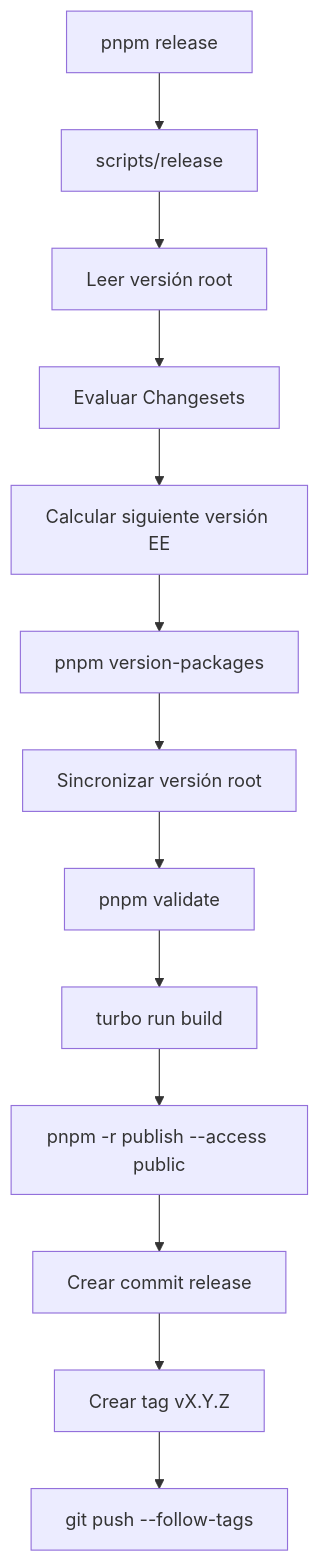
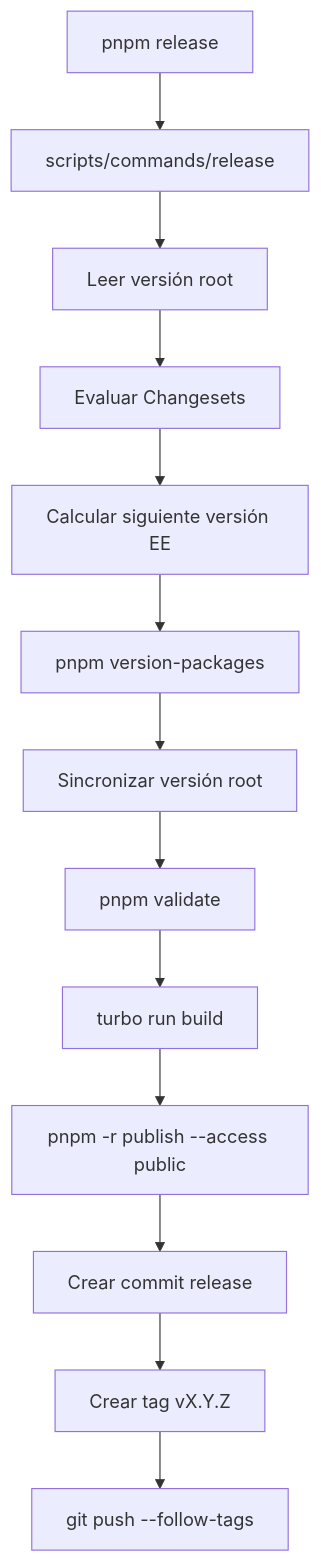
Before and after one commit to EQ-LABS-TECH/ee-monorepo: diagram 13 of 16 in docs/developer/EE-IMP-006-P07_Root_Script_Suite_Automation.md, drawn with Mermaid. The commit also changed other lines of this file and 14 other files, not shown here.

````diff
--- a/docs/developer/EE-IMP-006-P07_Root_Script_Suite_Automation.md
+++ b/docs/developer/EE-IMP-006-P07_Root_Script_Suite_Automation.md
@@ -747,15 +738,15 @@
 ```mermaid
 flowchart TD
-    A["pnpm release"] --> B["scripts/release"]
-    B --> C["Leer versión root"]
-    C --> D["Evaluar Changesets"]
-    D --> E["Calcular siguiente versión EE"]
-    E --> F["pnpm version-packages"]
-    F --> G["Sincronizar versión root"]
-    G --> H["pnpm validate"]
-    H --> I["turbo run build"]
-    I --> J["pnpm -r publish --access public"]
-    J --> K["Crear commit release"]
-    K --> L["Crear tag vX.Y.Z"]
-    L --> M["git push --follow-tags"]
+ A["pnpm release"] --> B["scripts/commands/release"]
+ B --> C["Leer versión root"]
+ C --> D["Evaluar Changesets"]
+ D --> E["Calcular siguiente versión EE"]
+ E --> F["pnpm version-packages"]
+ F --> G["Sincronizar versión root"]
+ G --> H["pnpm validate"]
+ H --> I["turbo run build"]
+ I --> J["pnpm -r publish --access public"]
+ J --> K["Crear commit release"]
+ K --> L["Crear tag vX.Y.Z"]
+ L --> M["git push --follow-tags"]
 ```
````
